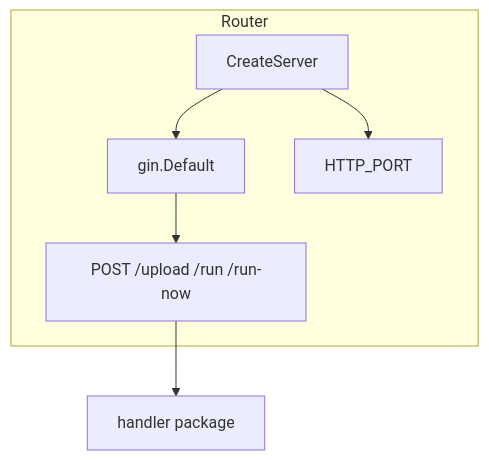
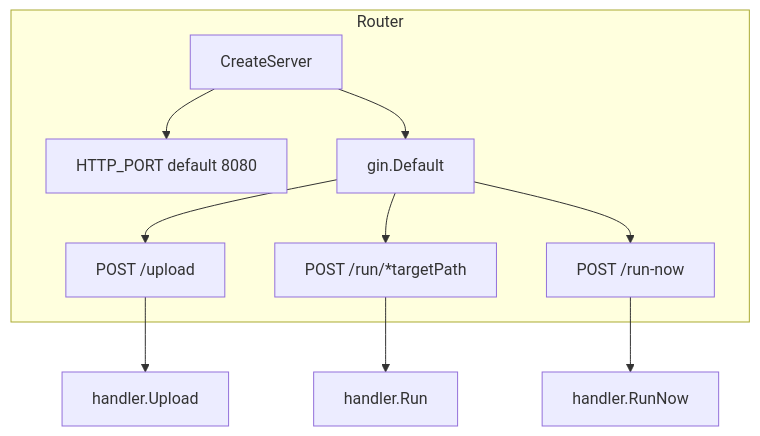
One commit to pardnchiu/HakoRun changed the third of 10 diagrams in doc/architecture.md. Above: the diagram before and after it, drawn with Mermaid. The commit also changed other lines of this file and 17 other files, not shown here.

````diff
--- a/doc/architecture.md
+++ b/doc/architecture.md
@@ -24,9 +53,13 @@
 ```mermaid
 graph TB
     subgraph Router
-        CreateServer[CreateServer] --> Gin[gin.Default]
-        Gin --> Routes[POST /upload /run /run-now]
-        CreateServer --> Port[HTTP_PORT]
+        CreateServer[CreateServer] --> Port[HTTP_PORT default 8080]
+        CreateServer --> Gin[gin.Default]
+        Gin --> R1[POST /upload]
+        Gin --> R2[POST /run/*targetPath]
+        Gin --> R3[POST /run-now]
     end
-    Routes --> Handler[handler package]
+    R1 --> Upload[handler.Upload]
+    R2 --> Run[handler.Run]
+    R3 --> RunNow[handler.RunNow]
 ```
````
